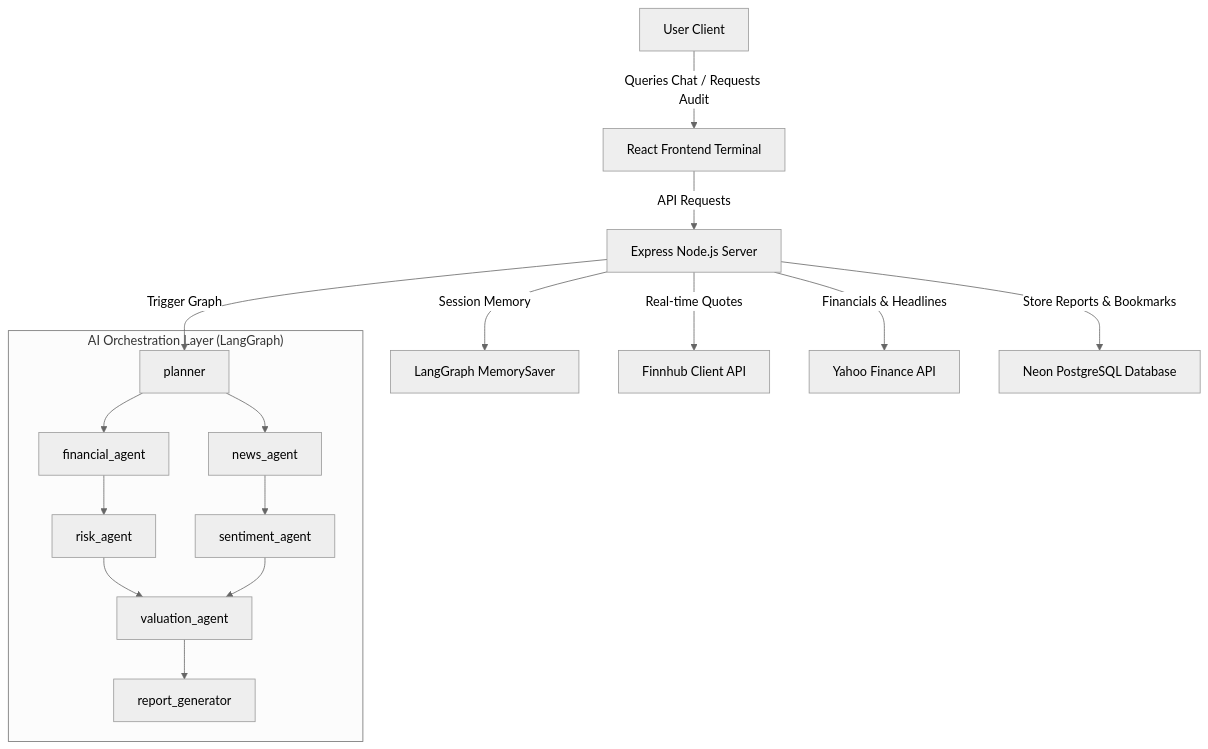
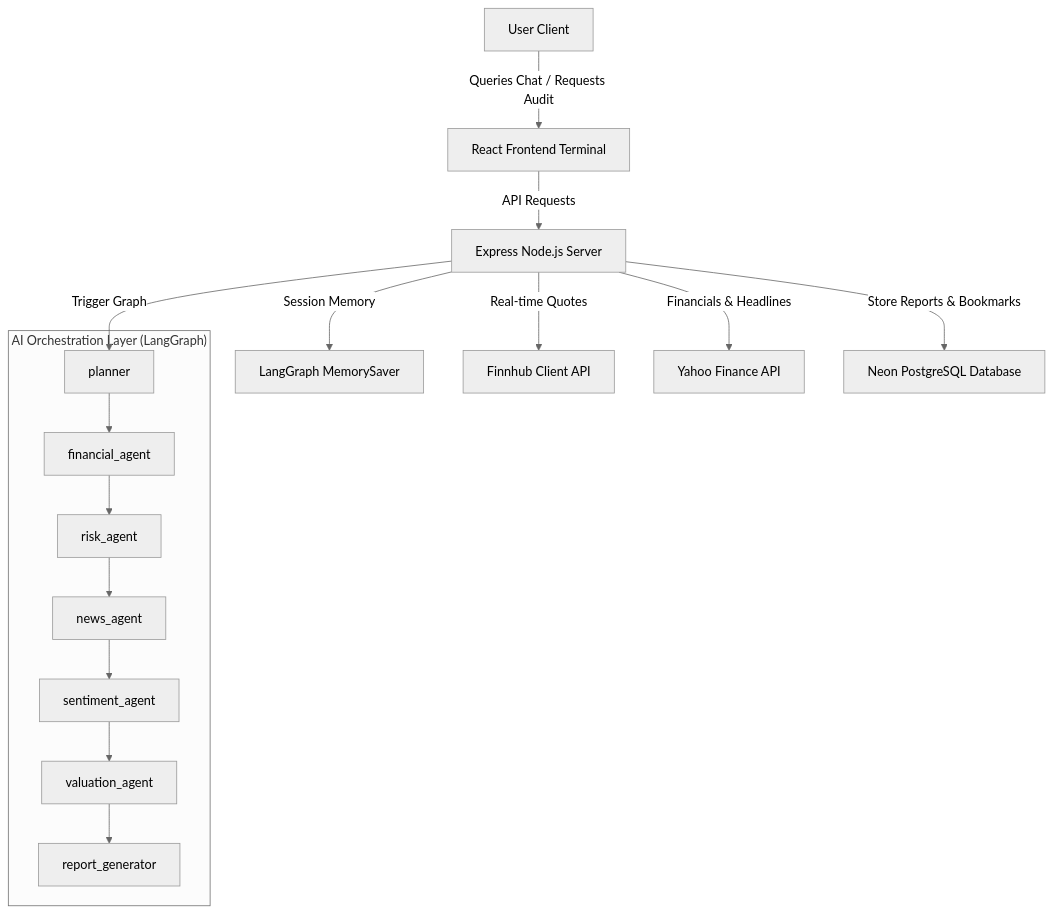
Before and after one commit to prabhat0528/AI-Investment-Research: the diagram in README.md, drawn with Mermaid (neutral theme). The commit also changed other lines of this file, not shown here.

````diff
--- a/README.md
+++ b/README.md
@@ -90,36 +90,28 @@
 ```mermaid
 graph TD
     User["User Client"] -->|Queries Chat / Requests Audit| UI["React Frontend Terminal"]
     UI -->|API Requests| Express["Express Node.js Server"]
 
     subgraph "AI Orchestration Layer (LangGraph)"
         Planner["planner"]
         FinAgent["financial_agent"]
         RiskAgent["risk_agent"]
         NewsAgent["news_agent"]
         SentAgent["sentiment_agent"]
         ValAgent["valuation_agent"]
         RepGen["report_generator"]
 
-        %% Parallel Fan-out
         Planner --> FinAgent
-        Planner --> NewsAgent
-
-        %% Branch A
         FinAgent --> RiskAgent
-        RiskAgent --> ValAgent
-
-        %% Branch B
+        RiskAgent --> NewsAgent
         NewsAgent --> SentAgent
         SentAgent --> ValAgent
-
-        %% Parallel Fan-in
         ValAgent --> RepGen
     end
 
     Express -->|Trigger Graph| Planner
     Express -->|Session Memory| Saver["LangGraph MemorySaver"]
     Express -->|Real-time Quotes| Finnhub["Finnhub Client API"]
     Express -->|Financials & Headlines| Yahoo["Yahoo Finance API"]
     Express -->|Store Reports & Bookmarks| Neon["Neon PostgreSQL Database"]
 ```
````
